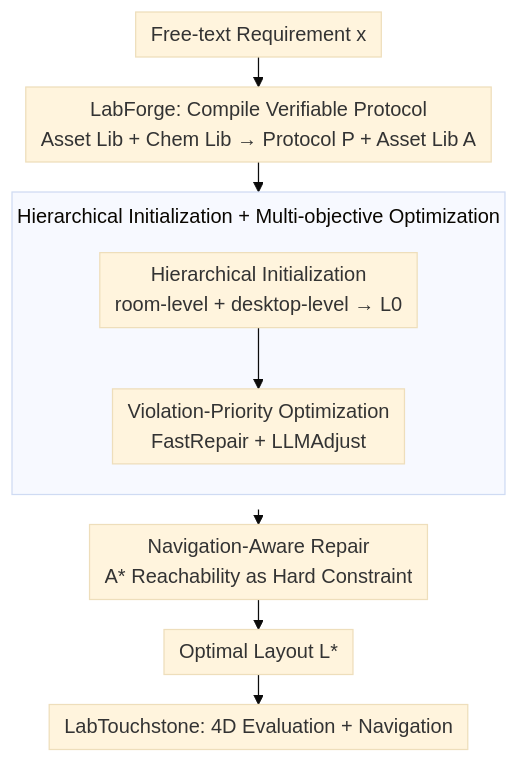
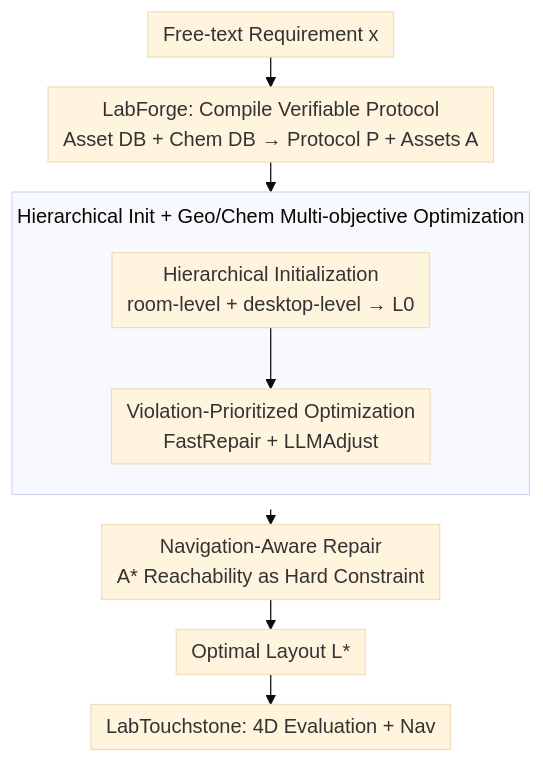
Before and after one commit to zhaoyang97/Paper-Notes-en: the diagram in docs/ICML2026/3d_vision/labbuilder_protocol-grounded_3d_layout_generation_for_interactable_and_safe_labo.md, drawn with Mermaid (base theme). The commit also changed other lines of this file and 5084 other files, not shown here.

````diff
--- a/docs/ICML2026/3d_vision/labbuilder_protocol-grounded_3d_layout_generation_for_interactable_and_safe_labo.md
+++ b/docs/ICML2026/3d_vision/labbuilder_protocol-grounded_3d_layout_generation_for_interactable_and_safe_labo.md
@@ -41,14 +41,14 @@
 ```mermaid
 %%{init: {'flowchart': {'rankSpacing': 24, 'nodeSpacing': 28, 'padding': 6, 'wrappingWidth': 400, 'subGraphTitleMargin': {'top': 8, 'bottom': 16}}}}%%
 flowchart TD
-    IN["Free-text Requirement x"] --> FORGE["LabForge: Compile Verifiable Protocol<br/>Asset Lib + Chem Lib → Protocol P + Asset Lib A"]
-    subgraph GEN["Hierarchical Initialization + Multi-objective Optimization"]
+    IN["Free-text Requirement x"] --> FORGE["LabForge: Compile Verifiable Protocol<br/>Asset DB + Chem DB → Protocol P + Assets A"]
+    subgraph GEN["Hierarchical Init + Geo/Chem Multi-objective Optimization"]
         direction TB
         INIT["Hierarchical Initialization<br/>room-level + desktop-level → L0"]
-        INIT --> OPT["Violation-Priority Optimization<br/>FastRepair + LLMAdjust"]
+        INIT --> OPT["Violation-Prioritized Optimization<br/>FastRepair + LLMAdjust"]
     end
     FORGE --> INIT
     GEN --> NAV["Navigation-Aware Repair<br/>A* Reachability as Hard Constraint"]
     NAV --> BEST["Optimal Layout L*"]
-    BEST --> TOUCH["LabTouchstone: 4D Evaluation + Navigation"]
+    BEST --> TOUCH["LabTouchstone: 4D Evaluation + Nav"]
 ```
````
